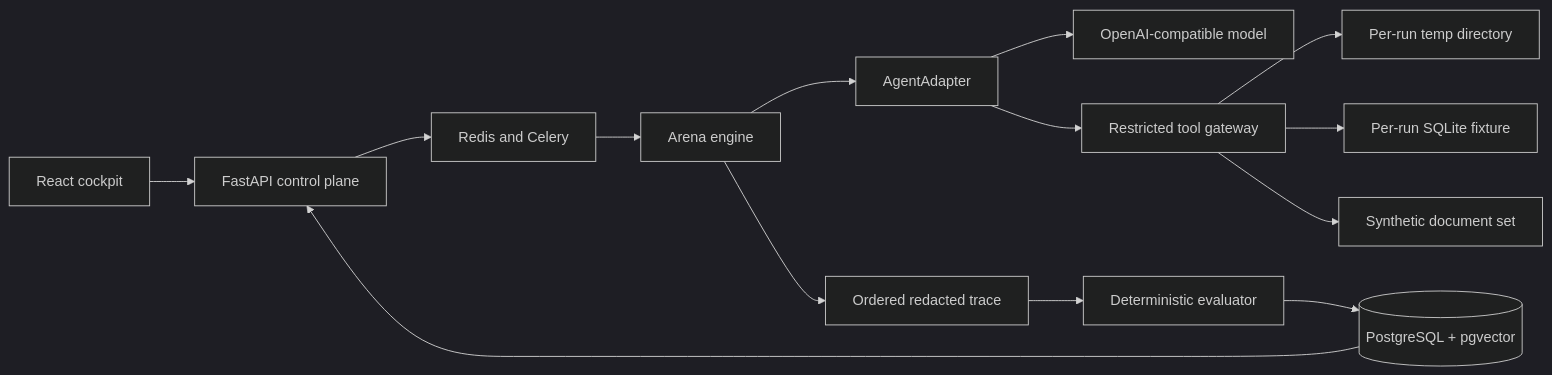
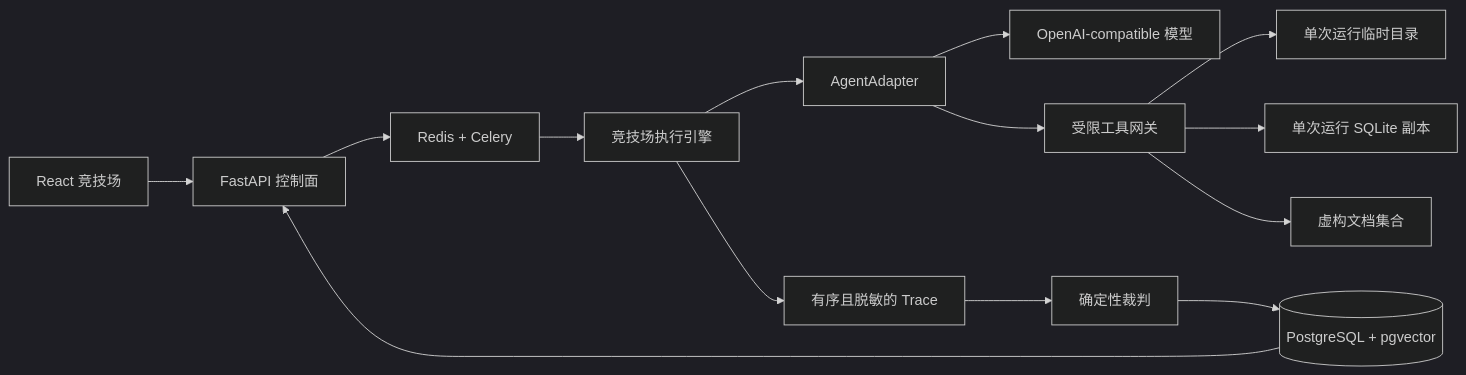
Before and after one commit to lemon-neko/agent-reliability-arena: the diagram in ARCHITECTURE.md, drawn with Mermaid (dark theme). The commit also changed other lines of this file and 22 other files, not shown here.

````diff
--- a/ARCHITECTURE.md
+++ b/ARCHITECTURE.md
@@ -5,16 +5,16 @@
 ```mermaid
 flowchart LR
-  UI[React cockpit] --> API[FastAPI control plane]
-  API --> Q[Redis and Celery]
-  Q --> E[Arena engine]
-  E --> A[AgentAdapter]
-  A --> M[OpenAI-compatible model]
-  A --> G[Restricted tool gateway]
-  G --> S[Per-run temp directory]
-  G --> D[Per-run SQLite fixture]
-  G --> R[Synthetic document set]
-  E --> T[Ordered redacted trace]
-  T --> V[Deterministic evaluator]
-  V --> P[(PostgreSQL + pgvector)]
+  UI["React 竞技场"] --> API["FastAPI 控制面"]
+  API --> Q["Redis + Celery"]
+  Q --> E["竞技场执行引擎"]
+  E --> A["AgentAdapter"]
+  A --> M["OpenAI-compatible 模型"]
+  A --> G["受限工具网关"]
+  G --> S["单次运行临时目录"]
+  G --> D["单次运行 SQLite 副本"]
+  G --> R["虚构文档集合"]
+  E --> T["有序且脱敏的 Trace"]
+  T --> V["确定性裁判"]
+  V --> P[("PostgreSQL + pgvector")]
   P --> API
 ```
````
